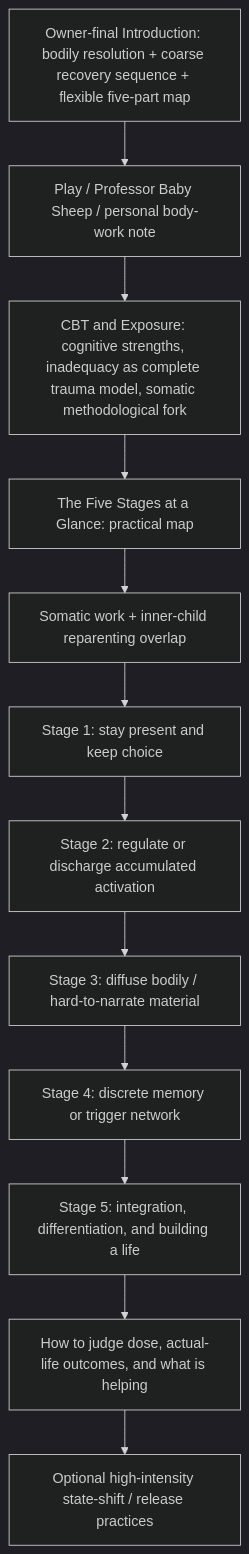
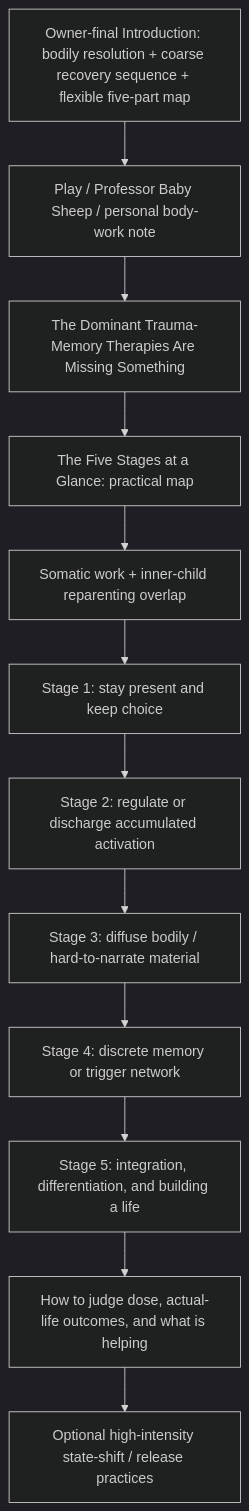
The diagram in articles/somatic-therapies/ARCHITECTURE.md (u-dont-existDOTcom/joel-articles), drawn with Mermaid (dark theme) before and after one commit. The commit also changed other lines of this file, not shown here.

Commit message:
Adopt trauma-memory title for CBT/somatic section

````diff
--- a/articles/somatic-therapies/ARCHITECTURE.md
+++ b/articles/somatic-therapies/ARCHITECTURE.md
@@ -8,14 +8,14 @@
 ```mermaid
 flowchart TD
     A[Owner-final Introduction: bodily resolution + coarse recovery sequence + flexible five-part map] --> B[Play / Professor Baby Sheep / personal body-work note]
-    B --> C[CBT and Exposure: cognitive strengths, inadequacy as complete trauma model, somatic methodological fork]
+    B --> C[The Dominant Trauma-Memory Therapies Are Missing Something]
     C --> D[The Five Stages at a Glance: practical map]
     D --> E[Somatic work + inner-child reparenting overlap]
     E --> S1[Stage 1: stay present and keep choice]
     S1 --> S2[Stage 2: regulate or discharge accumulated activation]
     S2 --> S3[Stage 3: diffuse bodily / hard-to-narrate material]
     S3 --> S4[Stage 4: discrete memory or trigger network]
     S4 --> S5[Stage 5: integration, differentiation, and building a life]
     S5 --> H[How to judge dose, actual-life outcomes, and what is helping]
     H --> X[Optional high-intensity state-shift / release practices]
 ```
````
